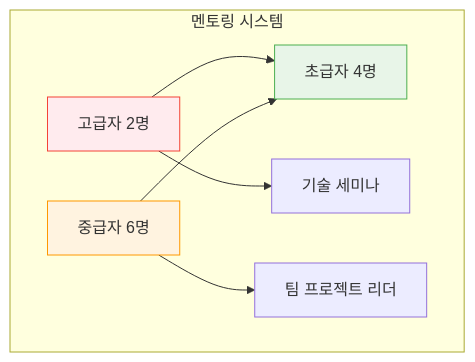
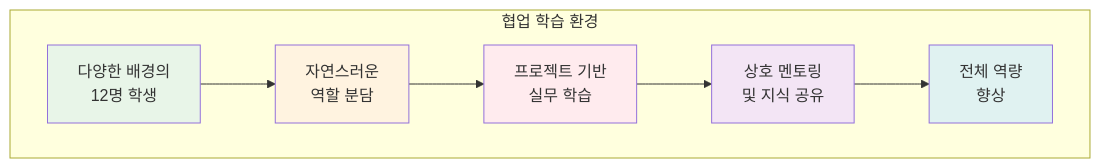
Before and after one commit to niceguy61/kdt_devops_lecture_2025: the second of 2 diagrams in README.md, drawn with Mermaid. The commit also changed other lines of this file, not shown here.

````diff
--- a/README.md
+++ b/README.md
@@ -144,13 +154,15 @@
 ```mermaid
 graph TB
-    subgraph "멘토링 시스템"
-        A[고급자 2명] --> B[초급자 4명]
-        C[중급자 6명] --> B
-        A --> D[기술 세미나]
-        C --> E[팀 프로젝트 리더]
+    subgraph "협업 학습 환경"
+        A[다양한 배경의<br/>12명 학생] --> B[자연스러운<br/>역할 분담]
+        B --> C[프로젝트 기반<br/>실무 학습]
+        C --> D[상호 멘토링<br/>및 지식 공유]
+        D --> E[전체 역량<br/>향상]
     end
     
-    style A fill:#ffebee,stroke:#f44336
-    style B fill:#e8f5e8,stroke:#4caf50
-    style C fill:#fff3e0,stroke:#ff9800
+    style A fill:#e8f5e8
+    style B fill:#fff3e0
+    style C fill:#ffebee
+    style D fill:#f3e5f5
+    style E fill:#e0f2f1
 ```
````
